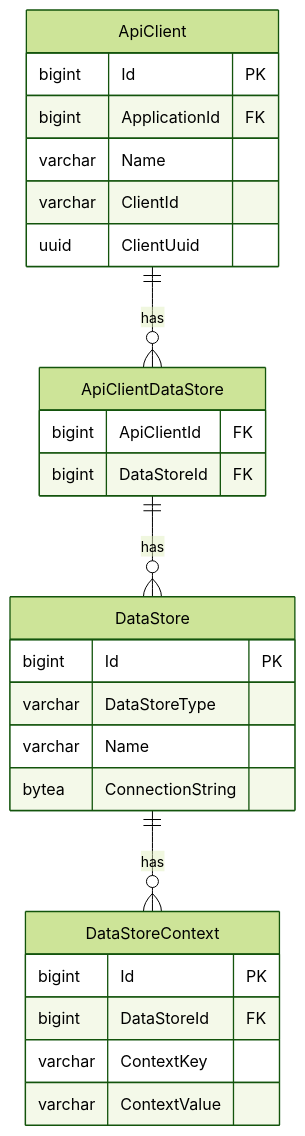
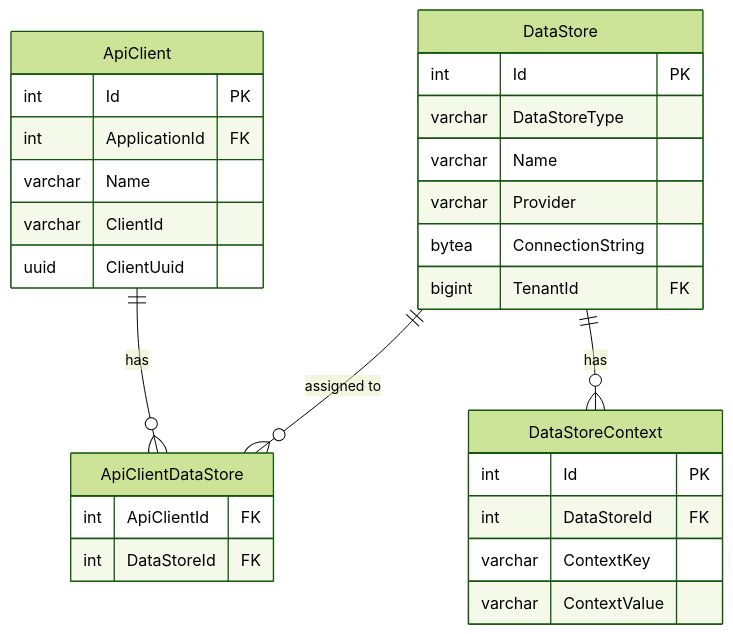
Before and after one commit to Ed-Fi-Alliance-OSS/ed-fi-alliance-oss.github.io: the first of 2 diagrams in odsApi_versioned_docs/version-8/platform-dev-guide/configuration/api-client-and-data-store-configuration.md, drawn with Mermaid (forest theme). The commit also changed other lines of this file and 74 other files, not shown here.

````diff
--- a/odsApi_versioned_docs/version-8/platform-dev-guide/configuration/api-client-and-data-store-configuration.md
+++ b/odsApi_versioned_docs/version-8/platform-dev-guide/configuration/api-client-and-data-store-configuration.md
@@ -16,33 +16,35 @@
 ```mermaid
 erDiagram
     ApiClient ||--o{ ApiClientDataStore : has
-    ApiClientDataStore ||--o{ DataStore : has
+    DataStore ||--o{ ApiClientDataStore : "assigned to"
     DataStore ||--o{ DataStoreContext : has
 
     ApiClient {
-        bigint Id PK
-        bigint ApplicationId FK
+        int Id PK
+        int ApplicationId FK
         varchar Name
         varchar ClientId
         uuid ClientUuid
     }
 
     ApiClientDataStore {
-        bigint ApiClientId FK
-        bigint DataStoreId FK
+        int ApiClientId FK
+        int DataStoreId FK
     }
 
     DataStore {
-        bigint Id PK
+        int Id PK
         varchar DataStoreType
         varchar Name
+        varchar Provider
         bytea ConnectionString
+        bigint TenantId FK
     }
 
     DataStoreContext {
-        bigint Id PK
-        bigint DataStoreId FK
+        int Id PK
+        int DataStoreId FK
         varchar ContextKey
         varchar ContextValue
     }
 ```
````
